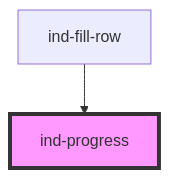
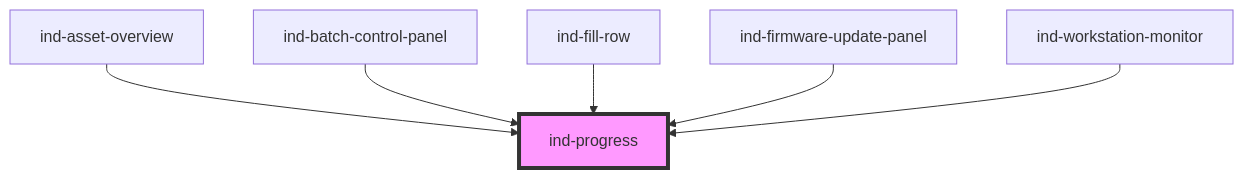
The diagram in packages/core/src/components/atoms/progress/readme.md (christophe77/in-ds), drawn with Mermaid before and after one commit. The commit also changed other lines of this file and 106 other files, not shown here.

````diff
--- a/packages/core/src/components/atoms/progress/readme.md
+++ b/packages/core/src/components/atoms/progress/readme.md
@@ -40,5 +44,9 @@
 ```mermaid
 graph TD;
+  ind-asset-overview --> ind-progress
+  ind-batch-control-panel --> ind-progress
   ind-fill-row --> ind-progress
+  ind-firmware-update-panel --> ind-progress
+  ind-workstation-monitor --> ind-progress
   style ind-progress fill:#f9f,stroke:#333,stroke-width:4px
 ```
````
